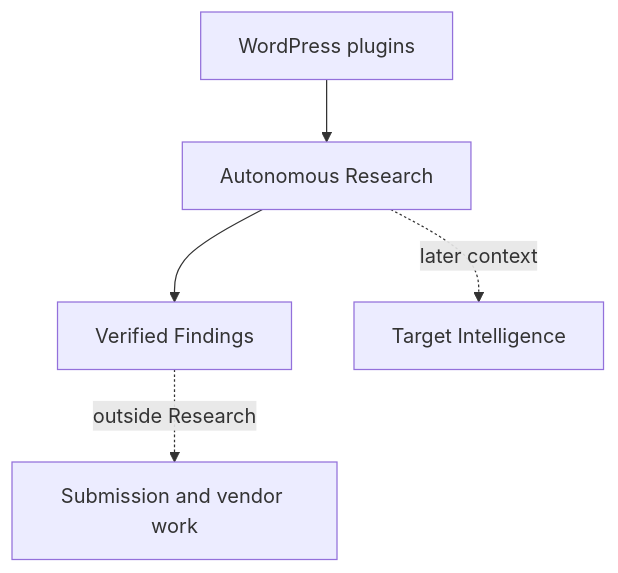
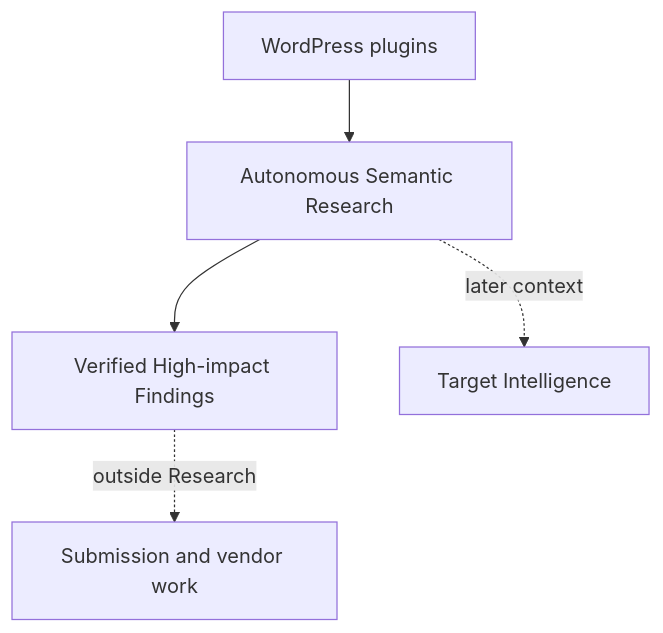
One commit to momoponwork1415-lgtm/wordpress-harness changed the second of 2 diagrams in README.md. Above: the diagram before and after it, drawn with Mermaid. The commit also changed other lines of this file, not shown here.

Commit message:
Refocus research objective on high-impact semantic bugs

````diff
--- a/README.md
+++ b/README.md
@@ -62,7 +72,7 @@
 ```mermaid
 flowchart TB
-    plugins["WordPress plugins"] --> research["Autonomous Research"]
-    research --> findings["Verified Findings"]
+    plugins["WordPress plugins"] --> research["Autonomous Semantic Research"]
+    research --> findings["Verified High-impact Findings"]
     research -. "later context" .-> selection["Target Intelligence"]
     findings -. "outside Research" .-> external["Submission and vendor work"]
 ```
````
